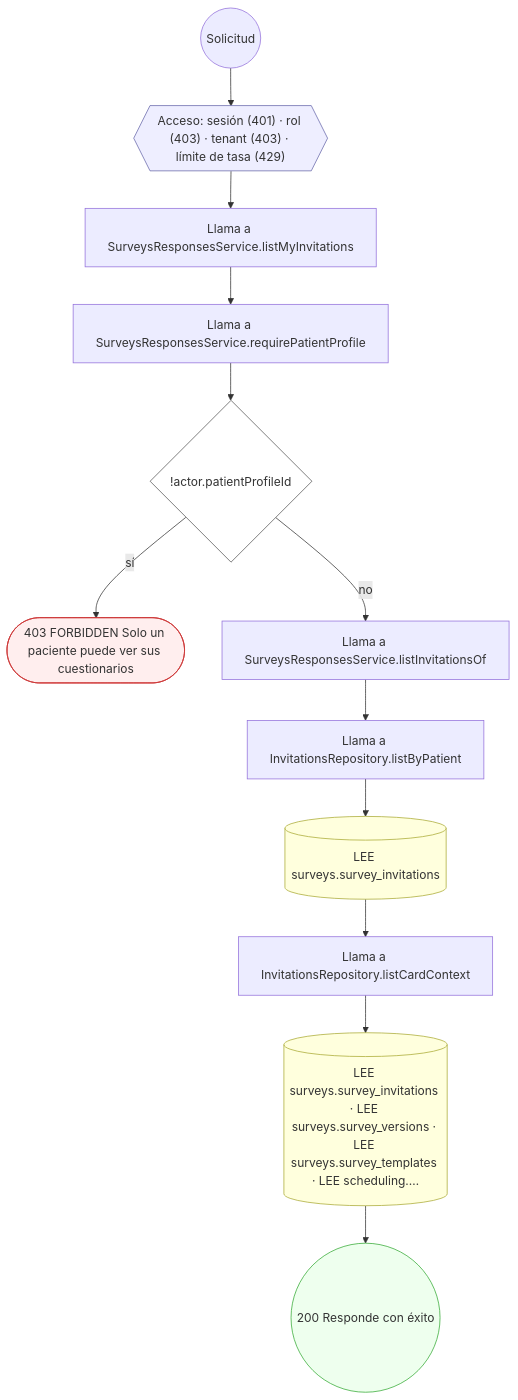
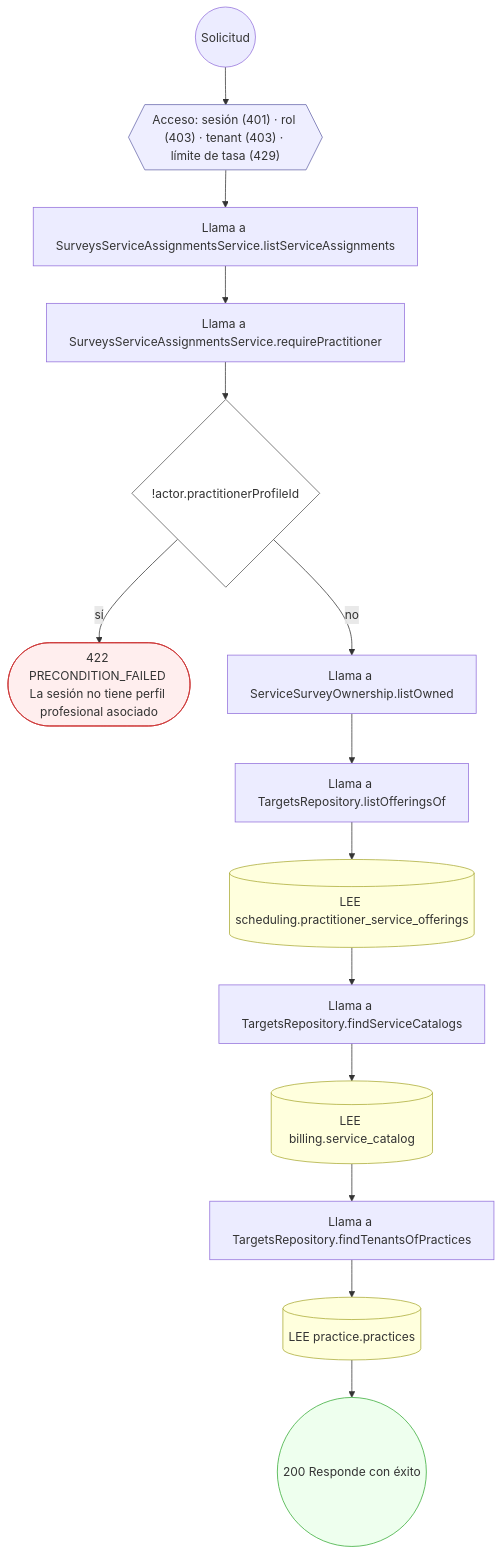
Before and after one commit to mdavila-2001/mantra-core-health-api: the eighth of 22 diagrams in docs/inventario/flujos/surveys.md, drawn with Mermaid. The commit also changed other lines of this file and 376 other files, not shown here.

````diff
--- a/docs/inventario/flujos/surveys.md
+++ b/docs/inventario/flujos/surveys.md
@@ -719,32 +941,36 @@
 ```mermaid
 flowchart TD
   n1(("Solicitud")):::inicio
   n2{{"Acceso: sesión (401) · rol (403) · tenant (403) · límite de tasa (429)"}}:::acceso
   n1 --> n2
-  n3["Llama a SurveysResponsesService.listMyInvitations"]:::llamada
+  n3["Llama a SurveysServiceAssignmentsService.listServiceAssignments"]:::llamada
   n2 --> n3
-  n4["Llama a SurveysResponsesService.requirePatientProfile"]:::llamada
+  n4["Llama a SurveysServiceAssignmentsService.requirePractitioner"]:::llamada
   n3 --> n4
-  n5{"!actor.patientProfileId"}:::decision
+  n5{"!actor.practitionerProfileId"}:::decision
   n4 --> n5
-  n6(["403 FORBIDDEN Solo un paciente puede ver sus cuestionarios"]):::error
+  n6(["422 PRECONDITION_FAILED La sesión no tiene perfil profesional asociado"]):::error
   n5 -->|"sí"| n6
-  n7["Llama a SurveysResponsesService.listInvitationsOf"]:::llamada
+  n7["Llama a ServiceSurveyOwnership.listOwned"]:::llamada
   n5 -->|"no"| n7
-  n8["Llama a InvitationsRepository.listByPatient"]:::llamada
+  n8["Llama a TargetsRepository.listOfferingsOf"]:::llamada
   n7 --> n8
-  n9[("LEE surveys.survey_invitations")]:::efecto
+  n9[("LEE scheduling.practitioner_service_offerings")]:::efecto
   n8 --> n9
-  n10["Llama a InvitationsRepository.listCardContext"]:::llamada
+  n10["Llama a TargetsRepository.findServiceCatalogs"]:::llamada
   n9 --> n10
-  n11[("LEE surveys.survey_invitations · LEE surveys.survey_versions · LEE surveys.survey_templates · LEE scheduling.…")]:::efecto
+  n11[("LEE billing.service_catalog")]:::efecto
   n10 --> n11
-  n12(("200 Responde con éxito")):::ok
+  n12["Llama a TargetsRepository.findTenantsOfPractices"]:::llamada
   n11 --> n12
+  n13[("LEE practice.practices")]:::efecto
+  n12 --> n13
+  n14(("200 Responde con éxito")):::ok
+  n13 --> n14
   classDef acceso fill:#eef,stroke:#66a
   classDef error fill:#fee,stroke:#c33
   classDef ok fill:#efe,stroke:#3a3
   classDef efecto fill:#ffd,stroke:#aa3
   classDef decision fill:#fff,stroke:#555
   classDef corte fill:#eee,stroke:#999,stroke-dasharray: 4
 ```
````
